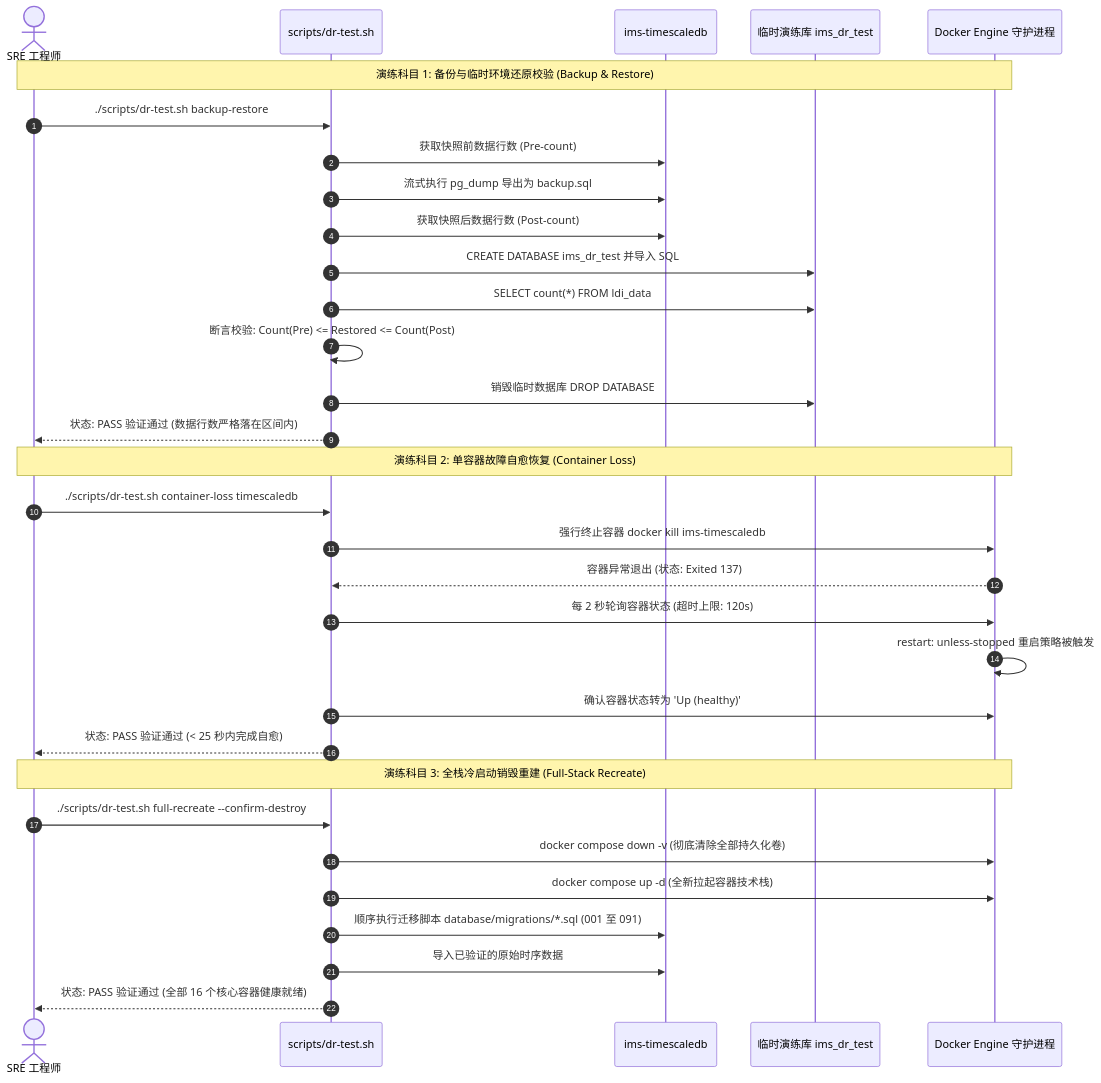
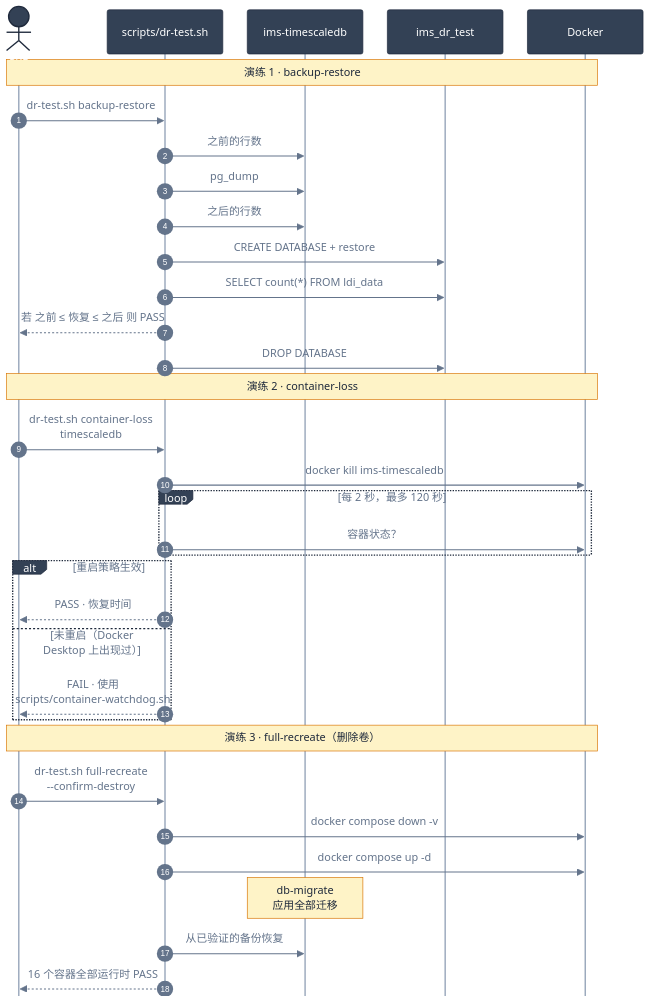
One commit to PATTANAKORN025/IMS changed the diagram in zh-CN/docs/operations/DR_TEST_PLAN.md. Above: the diagram before and after it, drawn with Mermaid. The commit also changed 84 other files, not shown here.

First line of the commit message:
docs(diagrams): one verified, accessible standard for every Mermaid diagram

````diff
--- a/zh-CN/docs/operations/DR_TEST_PLAN.md
+++ b/zh-CN/docs/operations/DR_TEST_PLAN.md
@@ -28,37 +28,39 @@
 ```mermaid
+%%{init: {"flowchart": {"nodeSpacing": 20, "rankSpacing": 32, "padding": 10, "wrappingWidth": 150, "curve": "basis"}, "sequence": {"wrap": true, "width": 170, "actorMargin": 36, "boxMargin": 8, "noteMargin": 8, "messageMargin": 30, "mirrorActors": false}, "state": {"padding": 6}, "theme": "base", "themeVariables": {"fontFamily": "Inter, Segoe UI, Helvetica, Arial, sans-serif", "fontSize": "14px", "primaryColor": "#334155", "primaryTextColor": "#ffffff", "primaryBorderColor": "#1e293b", "lineColor": "#64748b", "textColor": "#64748b", "secondaryColor": "#475569", "tertiaryColor": "#f1f5f9", "clusterBkg": "transparent", "clusterBorder": "#94a3b8", "titleColor": "#64748b", "edgeLabelBackground": "#475569", "nodeTextColor": "#ffffff", "noteBkgColor": "#fef3c7", "noteTextColor": "#1e293b", "noteBorderColor": "#d97706", "actorBkg": "#334155", "actorTextColor": "#ffffff", "actorBorder": "#1e293b", "actorLineColor": "#94a3b8", "signalColor": "#64748b", "signalTextColor": "#64748b", "labelBoxBkgColor": "#334155", "labelBoxBorderColor": "#1e293b", "labelTextColor": "#ffffff", "loopTextColor": "#64748b", "activationBkgColor": "#e2e8f0", "sequenceNumberColor": "#ffffff", "stateLabelColor": "#ffffff", "compositeBackground": "transparent", "transitionColor": "#64748b", "transitionLabelColor": "#64748b"}}}%%
 sequenceDiagram
+  accTitle: 灾难恢复演练
+  accDescr: scripts/dr-test.sh 执行三项演练：备份并恢复到临时数据库并校验行数范围；杀掉一个容器并计时其重启；以及需要 --confirm-destroy 的破坏性全量重建。
   autonumber
-  actor SRE as SRE 工程师
-  participant Script as scripts/dr-test.sh
-  participant DB as ims-timescaledb
-  participant TestDB as 临时演练库 ims_dr_test
-  participant Docker as Docker Engine 守护进程
-
-  Note over SRE,Docker: 演练科目 1: 备份与临时环境还原校验 (Backup & Restore)
-  SRE->>Script: ./scripts/dr-test.sh backup-restore
-  Script->>DB: 获取快照前数据行数 (Pre-count)
-  Script->>DB: 流式执行 pg_dump 导出为 backup.sql
-  Script->>DB: 获取快照后数据行数 (Post-count)
-  Script->>TestDB: CREATE DATABASE ims_dr_test 并导入 SQL
-  Script->>TestDB: SELECT count(*) FROM ldi_data
-  Script->>Script: 断言校验: Count(Pre) <= Restored <= Count(Post)
-  Script->>TestDB: 销毁临时数据库 DROP DATABASE
-  Script-->>SRE: 状态: PASS 验证通过 (数据行数严格落在区间内)
-
-  Note over SRE,Docker: 演练科目 2: 单容器故障自愈恢复 (Container Loss)
-  SRE->>Script: ./scripts/dr-test.sh container-loss timescaledb
-  Script->>Docker: 强行终止容器 docker kill ims-timescaledb
-  Docker-->>Script: 容器异常退出 (状态: Exited 137)
-  Script->>Docker: 每 2 秒轮询容器状态 (超时上限: 120s)
-  Docker->>Docker: restart: unless-stopped 重启策略被触发
-  Script->>Docker: 确认容器状态转为 'Up (healthy)'
-  Script-->>SRE: 状态: PASS 验证通过 (< 25 秒内完成自愈)
-
-  Note over SRE,Docker: 演练科目 3: 全栈冷启动销毁重建 (Full-Stack Recreate)
-  SRE->>Script: ./scripts/dr-test.sh full-recreate --confirm-destroy
-  Script->>Docker: docker compose down -v (彻底清除全部持久化卷)
-  Script->>Docker: docker compose up -d (全新拉起容器技术栈)
-  Script->>DB: 顺序执行迁移脚本 database/migrations/*.sql (001 至 091)
-  Script->>DB: 导入已验证的原始时序数据
-  Script-->>SRE: 状态: PASS 验证通过 (全部 16 个核心容器健康就绪)
+  actor S as SRE
+  participant R as scripts/dr-test.sh
+  participant D as ims-timescaledb
+  participant T as ims_dr_test
+  participant K as Docker
+  Note over S,K: 演练 1 · backup-restore
+  S->>R: dr-test.sh backup-restore
+  R->>D: 之前的行数
+  R->>D: pg_dump
+  R->>D: 之后的行数
+  R->>T: CREATE DATABASE + restore
+  R->>T: SELECT count(*) FROM ldi_data
+  R-->>S: 若 之前 ≤ 恢复 ≤ 之后 则 PASS
+  R->>T: DROP DATABASE
+  Note over S,K: 演练 2 · container-loss
+  S->>R: dr-test.sh container-loss timescaledb
+  R->>K: docker kill ims-timescaledb
+  loop 每 2 秒，最多 120 秒
+    R->>K: 容器状态？
+  end
+  alt 重启策略生效
+    R-->>S: PASS · 恢复时间
+  else 未重启（Docker Desktop 上出现过）
+    R-->>S: FAIL · 使用 scripts/container-watchdog.sh
+  end
+  Note over S,K: 演练 3 · full-recreate（删除卷）
+  S->>R: dr-test.sh full-recreate --confirm-destroy
+  R->>K: docker compose down -v
+  R->>K: docker compose up -d
+  Note over D: db-migrate 应用全部迁移
+  R->>D: 从已验证的备份恢复
+  R-->>S: 16 个容器全部运行时 PASS
 ```
````
